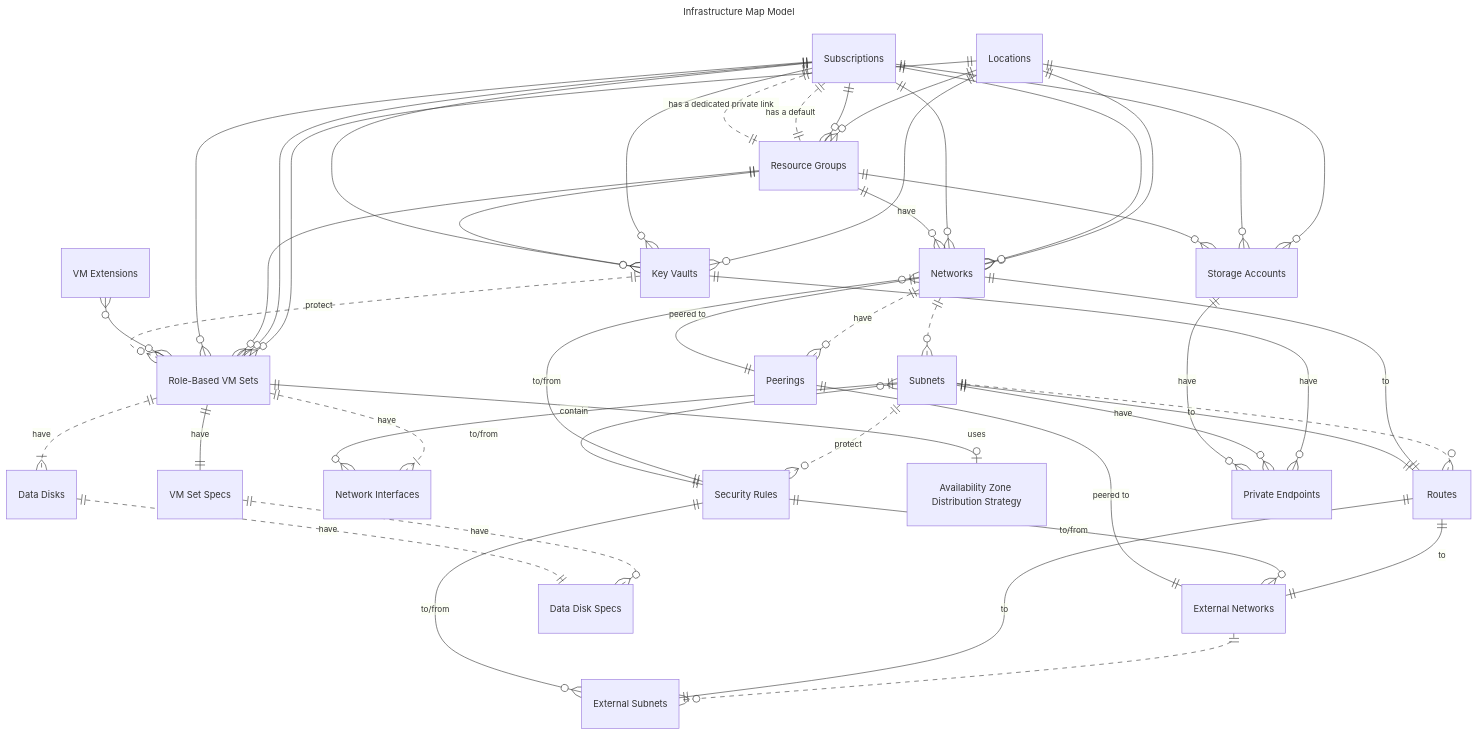
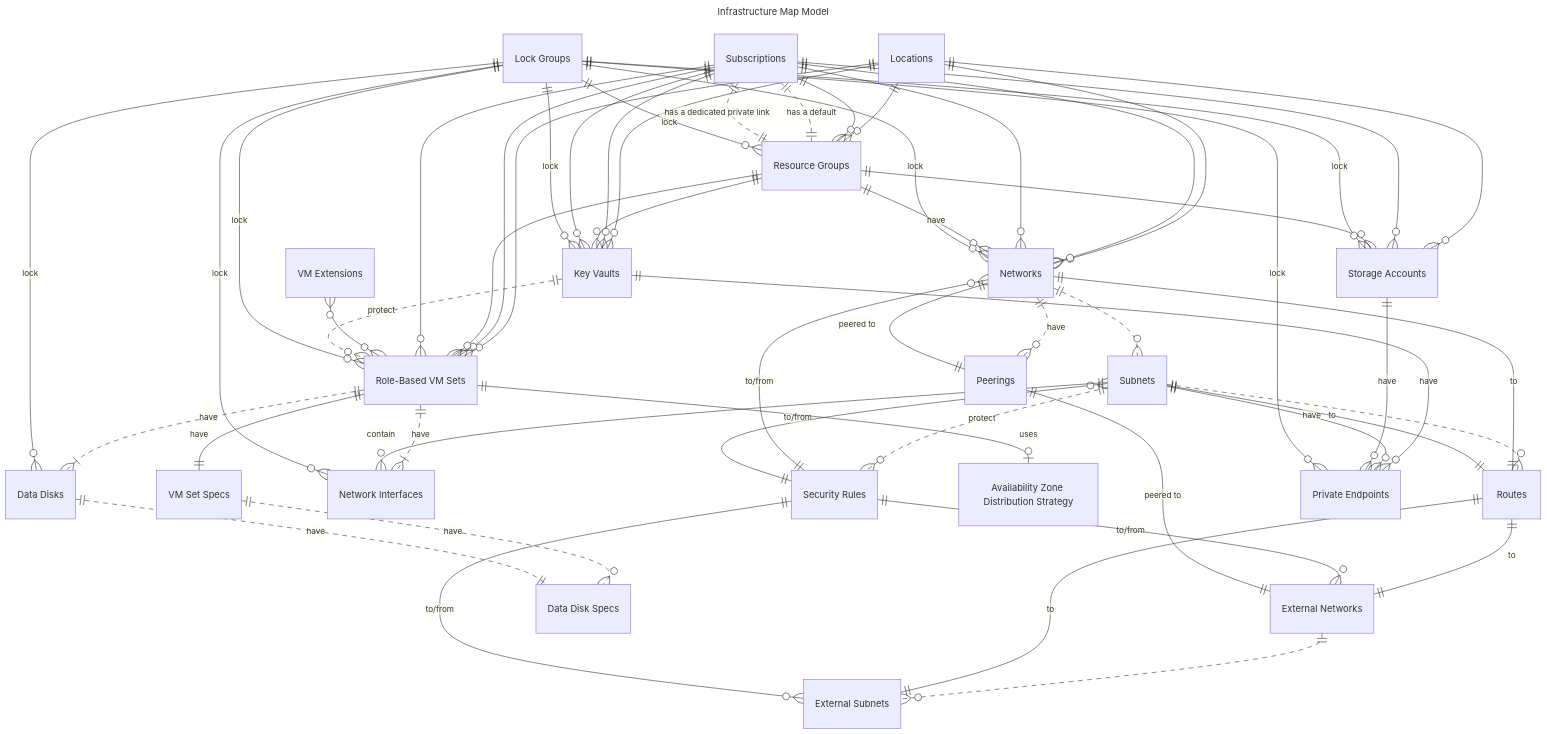
Before and after one commit to Azure/relational-infrastructure: the diagram in README.md, drawn with Mermaid.

````diff
--- a/README.md
+++ b/README.md
@@ -43,52 +43,60 @@
 ```mermaid
 ---
 title: Infrastructure Map Model
 ---
 erDiagram
   Locations ||--o{ "Resource Groups" : ""
   Locations ||--o{ "Networks" : ""
   Locations ||--o{ "Role-Based VM Sets" : ""
   Locations ||--o{ "Key Vaults" : ""
   Locations ||--o{ "Storage Accounts" : ""
   Subscriptions ||--o{ "Key Vaults" : ""
   Subscriptions ||--o{ "Resource Groups" : ""
   Subscriptions ||--o{ "Networks" : ""
   Subscriptions ||--o{ "Role-Based VM Sets" : ""
   Subscriptions ||--o{ "Storage Accounts" : ""
   "Resource Groups" ||--o{ "Role-Based VM Sets" : ""
   "Resource Groups" ||--o{ "Key Vaults" : ""
   "Resource Groups" ||--o{ "Storage Accounts" : ""
   "Subscriptions" ||..|| "Resource Groups" : "has a default"
   "Subscriptions" ||..|| "Resource Groups" : "has a dedicated private link"
   "Subscriptions" ||--o{ "Networks" : ""
   "Subscriptions" ||--o{ "Role-Based VM Sets" : ""
   "Subscriptions" ||--o{ "Key Vaults" : ""
   "VM Extensions" }o--o{ "Role-Based VM Sets" : ""
   "Networks" ||..o{ "Subnets" : ""
   "External Networks" ||..o{ "External Subnets" : ""
   "Subnets" ||..o{ "Routes" : ""
   "Routes" ||--|| "Networks" : "to"
   "Routes" ||--|| "External Networks" : "to"
   "Routes" ||--|| "Subnets" : "to"
   "Routes" ||--|| "External Subnets" : "to"
   "Subnets" ||..o{ "Security Rules" : "protect"
   "Security Rules" ||--o{ "Networks" : "to/from"
   "Security Rules" ||--o{ "Subnets" : "to/from"
   "Security Rules" ||--o{ "External Networks" : "to/from"
   "Security Rules" ||--o{ "External Subnets" : "to/from"
   "Key Vaults" ||..o{ "Role-Based VM Sets" : "protect"
   "Role-Based VM Sets" ||..|{ "Network Interfaces" : "have"
   "Role-Based VM Sets" ||..|{ "Data Disks" : "have"
   "Subnets" ||--o{ "Network Interfaces" : "contain"
   "Role-Based VM Sets" ||--o| "Availability Zone Distribution Strategy" : "uses"
   "Role-Based VM Sets" ||--|| "VM Set Specs" : "have"
   "VM Set Specs" ||..o{ "Data Disk Specs" : "have"
   "Data Disks" ||..|| "Data Disk Specs" : "have"
   "Resource Groups" ||--o{ "Networks" : "have"
   "Key Vaults" ||--o{ "Private Endpoints" : "have"
   "Subnets" ||--o{ "Private Endpoints" : "have"
   "Storage Accounts" ||--o{ "Private Endpoints" : "have"
   "Networks" ||..o{ "Peerings" : "have"
   "Peerings" ||--|| "Networks" : "peered to"
   "Peerings" ||--|| "External Networks" : "peered to"
+  "Lock Groups" ||--o{ "Resource Groups" : "lock"
+  "Lock Groups" ||--o{ "Networks" : "lock"
+  "Lock Groups" ||--o{ "Key Vaults" : "lock"
+  "Lock Groups" ||--o{ "Role-Based VM Sets" : "lock"
+  "Lock Groups" ||--o{ "Data Disks" : "lock"
+  "Lock Groups" ||--o{ "Network Interfaces" : "lock"
+  "Lock Groups" ||--o{ "Private Endpoints" : "lock"
+  "Lock Groups" ||--o{ "Storage Accounts" : "lock"
 ```
````
